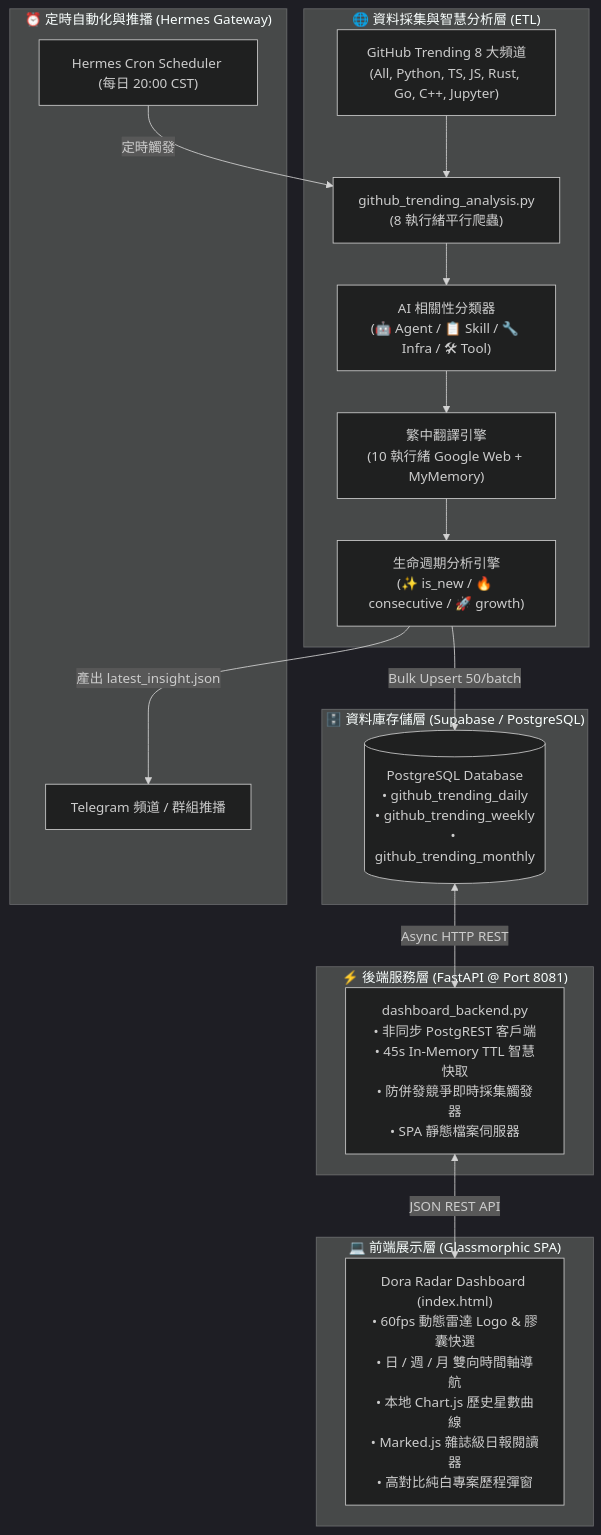
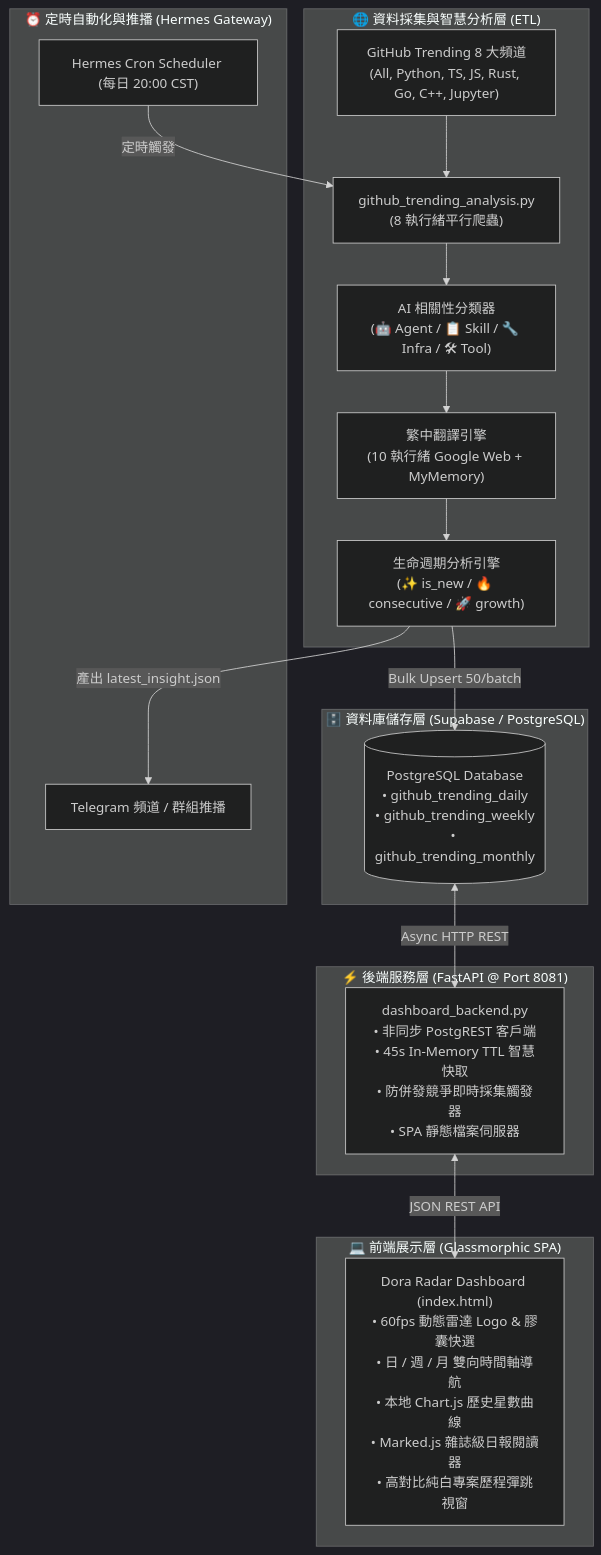
Before and after one commit to PingpowerTW/dora-radar: the diagram in README.md, drawn with Mermaid (dark theme). The commit also changed other lines of this file and 7 other files, not shown here.

````diff
--- a/README.md
+++ b/README.md
@@ -76,37 +76,37 @@
 ```mermaid
 flowchart TD
     subgraph DataCollection ["🌐 資料採集與智慧分析層 (ETL)"]
         GH["GitHub Trending 8 大頻道\n(All, Python, TS, JS, Rust, Go, C++, Jupyter)"]
         Scraper["github_trending_analysis.py\n(8 執行緒平行爬蟲)"]
         Classifier["AI 相關性分類器\n(🤖 Agent / 📋 Skill / 🔧 Infra / 🛠 Tool)"]
         Translator["繁中翻譯引擎\n(10 執行緒 Google Web + MyMemory)"]
         Lifecycle["生命週期分析引擎\n(✨ is_new / 🔥 consecutive / 🚀 growth)"]
         
         GH --> Scraper
         Scraper --> Classifier
         Classifier --> Translator
         Translator --> Lifecycle
     end
 
-    subgraph StorageLayer ["🗄️ 資料庫存儲層 (Supabase / PostgreSQL)"]
+    subgraph StorageLayer ["🗄️ 資料庫儲存層 (Supabase / PostgreSQL)"]
         DB[("PostgreSQL Database\n• github_trending_daily\n• github_trending_weekly\n• github_trending_monthly")]
         Lifecycle -->|Bulk Upsert 50/batch| DB
     end
 
     subgraph ServiceLayer ["⚡ 後端服務層 (FastAPI @ Port 8081)"]
         API["dashboard_backend.py\n• 非同步 PostgREST 客戶端\n• 45s In-Memory TTL 智慧快取\n• 防併發競爭即時採集觸發器\n• SPA 靜態檔案伺服器"]
         DB <-->|Async HTTP REST| API
     end
 
     subgraph PresentationLayer ["💻 前端展示層 (Glassmorphic SPA)"]
-        UI["Dora Radar Dashboard (index.html)\n• 60fps 動態雷達 Logo & 膠囊快選\n• 日 / 週 / 月 雙向時間軸導航\n• 本地 Chart.js 歷史星數曲線\n• Marked.js 雜誌級日報閱讀器\n• 高對比純白專案歷程彈窗"]
+        UI["Dora Radar Dashboard (index.html)\n• 60fps 動態雷達 Logo & 膠囊快選\n• 日 / 週 / 月 雙向時間軸導航\n• 本地 Chart.js 歷史星數曲線\n• Marked.js 雜誌級日報閱讀器\n• 高對比純白專案歷程彈跳視窗"]
         API <-->|JSON REST API| UI
     end
 
     subgraph AutomationLayer ["⏰ 定時自動化與推播 (Hermes Gateway)"]
         Cron["Hermes Cron Scheduler (每日 20:00 CST)"]
         TG["Telegram 頻道 / 群組推播"]
         Cron -->|定時觸發| Scraper
         Lifecycle -->|產出 latest_insight.json| TG
     end
 ```
````
